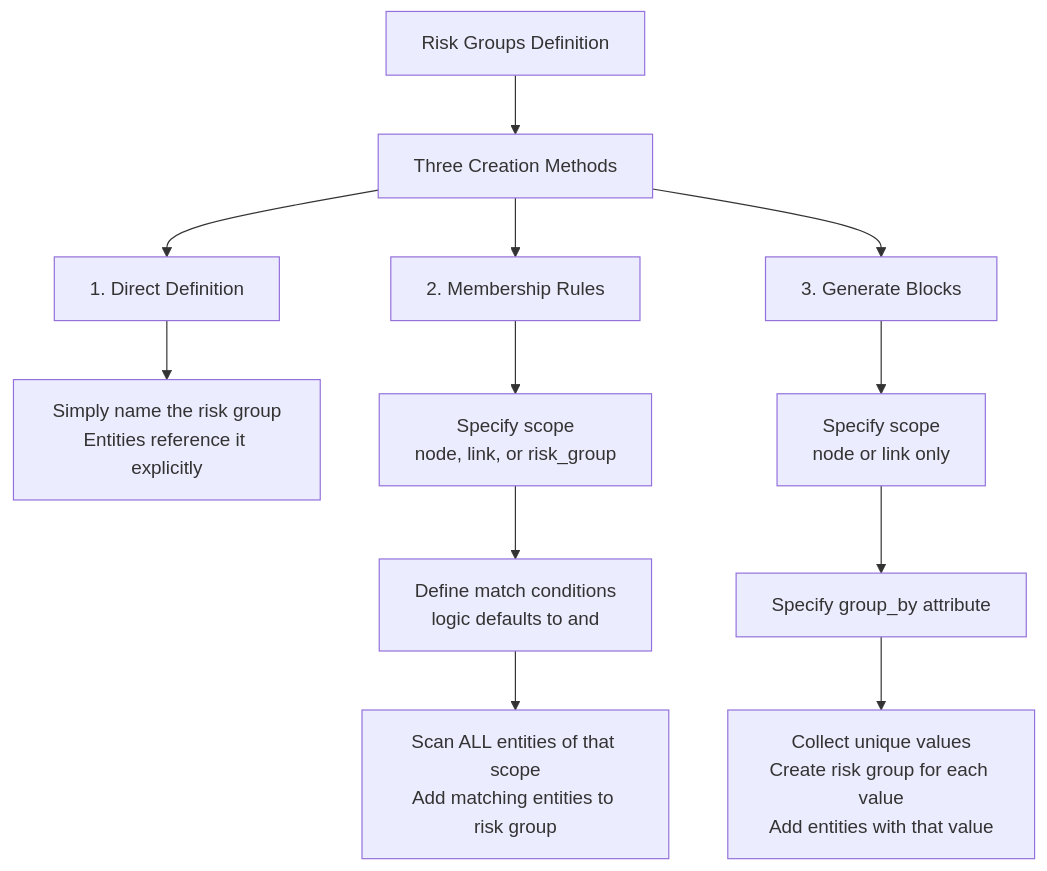
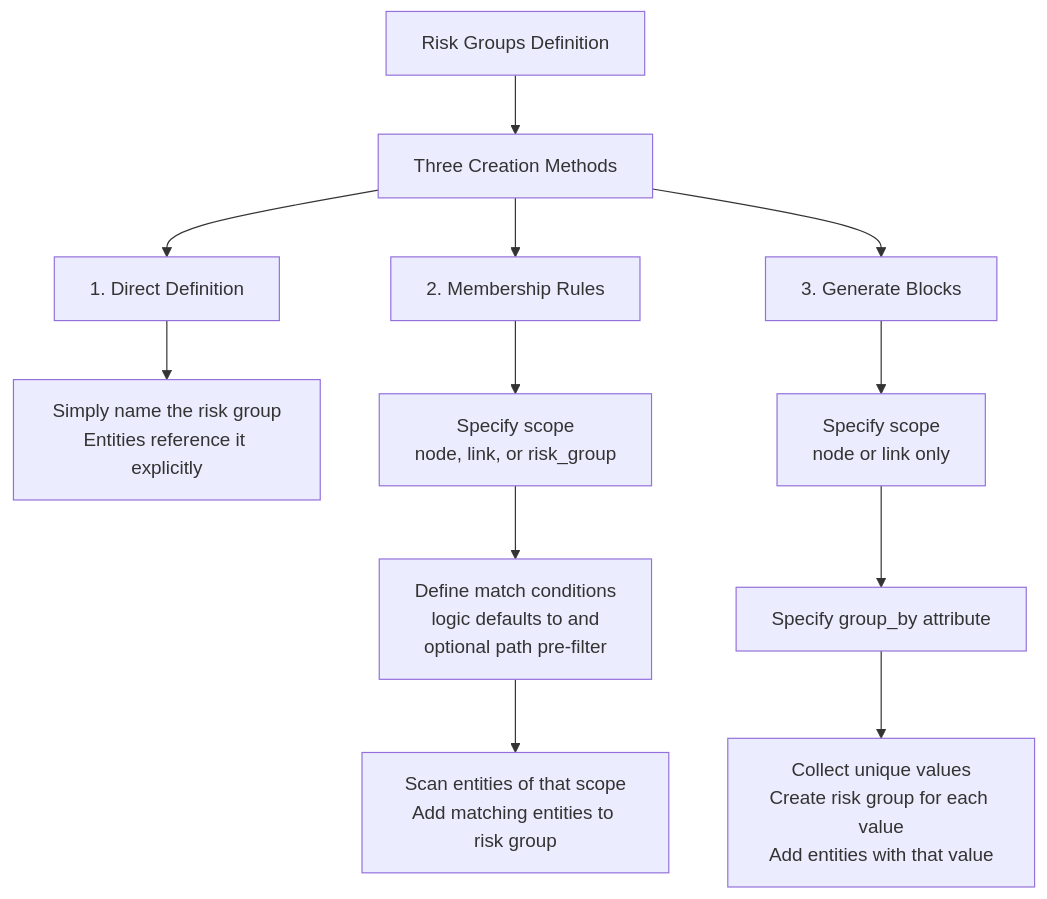
Before and after one commit to networmix/NetGraph: the third of 3 diagrams in docs/reference/dsl.md, drawn with Mermaid. The commit also changed other lines of this file and 148 other files, not shown here.

````diff
--- a/docs/reference/dsl.md
+++ b/docs/reference/dsl.md
@@ -154,17 +152,17 @@
 ```mermaid
 flowchart TD
     Start[Risk Groups Definition] --> Three[Three Creation Methods]
     Three --> Direct[1. Direct Definition]
     Three --> Member[2. Membership Rules]
     Three --> Generate[3. Generate Blocks]
 
     Direct --> DirectDesc[Simply name the risk group<br/>Entities reference it explicitly]
 
     Member --> MemberScope[Specify scope<br/>node, link, or risk_group]
-    MemberScope --> MemberCond[Define match conditions<br/>logic defaults to and]
-    MemberCond --> MemberExec[Scan ALL entities of that scope<br/>Add matching entities to risk group]
+    MemberScope --> MemberCond[Define match conditions<br/>logic defaults to and<br/>optional path pre-filter]
+    MemberCond --> MemberExec[Scan entities of that scope<br/>Add matching entities to risk group]
 
     Generate --> GenScope[Specify scope<br/>node or link only]
     GenScope --> GenGroupBy[Specify group_by attribute]
     GenGroupBy --> GenExec[Collect unique values<br/>Create risk group for each value<br/>Add entities with that value]
 ```
````
